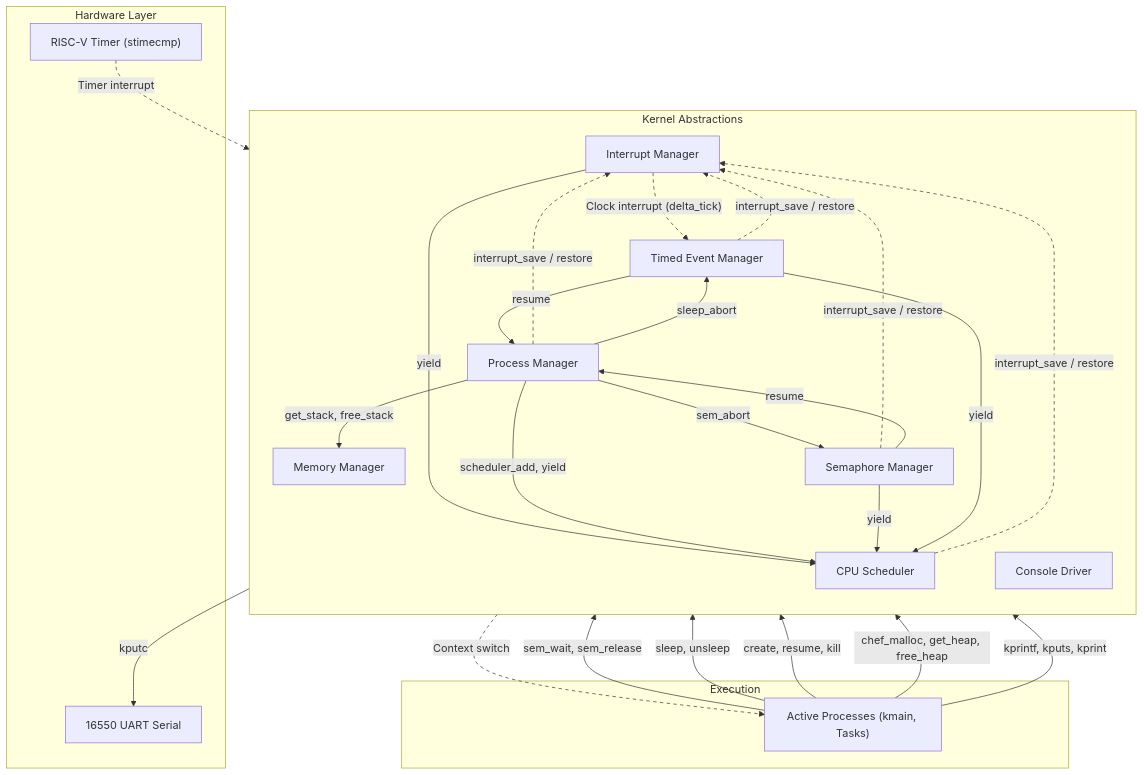
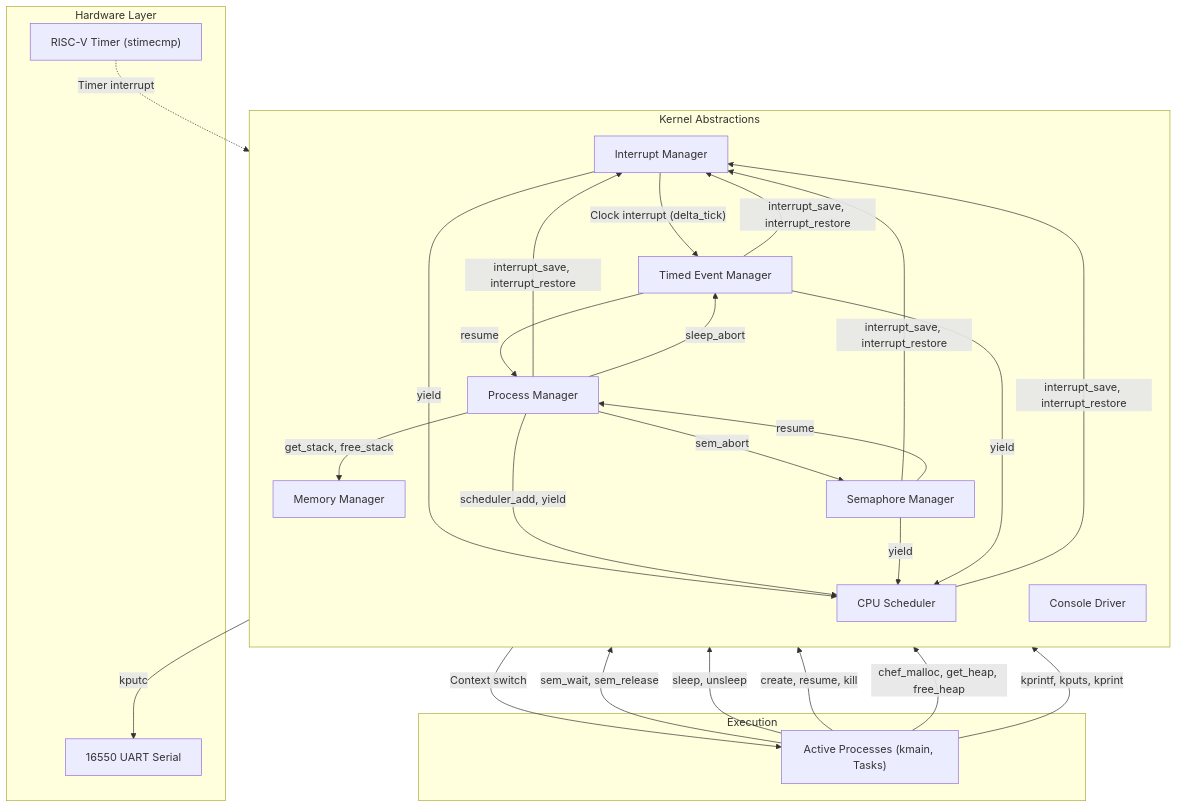
The diagram in README.md (AtesIsf/Rio), drawn with Mermaid before and after one commit.

Commit message:
fixed lines again

````diff
--- a/README.md
+++ b/README.md
@@ -173,59 +173,56 @@
 ```mermaid
 flowchart TD
     subgraph Hardware ["Hardware Layer"]
         HW_TIMER["RISC-V Timer (stimecmp)"]
         HW_UART["16550 UART Serial"]
     end
 
     subgraph Core ["Kernel Abstractions"]
         direction TB
         MEM["Memory Manager"]
         PROC["Process Manager"]
         INT["Interrupt Manager"]
         SCHED["CPU Scheduler"]
         SEM["Semaphore Manager"]
         TIMED["Timed Event Manager"]
         CONSOLE["Console Driver"]
     end
 
     subgraph Exec ["Execution"]
         TASKS["Active Processes (kmain, Tasks)"]
     end
 
     %% Preemption & Scheduling
     HW_TIMER -.->|"Timer interrupt"| INT
     INT -->|"yield"| SCHED
-    SCHED -.->|"Context switch"| TASKS
+    SCHED -->|"Context switch"| TASKS
 
     %% Concurrency & Critical Sections
-    SCHED -.->|"interrupt_save / restore"| INT
-    PROC -.->|"interrupt_save / restore"| INT
-    SEM -.->|"interrupt_save / restore"| INT
-    TIMED -.->|"interrupt_save / restore"| INT
+    SCHED -->|"interrupt_save, interrupt_restore"| INT
+    PROC -->|"interrupt_save, interrupt_restore"| INT
+    SEM -->|"interrupt_save, interrupt_restore"| INT
+    TIMED -->|"interrupt_save, interrupt_restore"| INT
 
     %% Process & Memory Interactions
     PROC -->|"get_stack, free_stack"| MEM
     PROC -->|"scheduler_add, yield"| SCHED
 
     %% Synchronization (Semaphores)
     TASKS -->|"sem_wait, sem_release"| SEM
     SEM -->|"resume"| PROC
     SEM -->|"yield"| SCHED
     PROC -->|"sem_abort"| SEM
 
     %% Timed Events & Sleep
     TASKS -->|"sleep, unsleep"| TIMED
-    INT -.->|"Clock interrupt (delta_tick)"| TIMED
+    INT -->|"Clock interrupt (delta_tick)"| TIMED
     TIMED -->|"resume"| PROC
     TIMED -->|"yield"| SCHED
     PROC -->|"sleep_abort"| TIMED
 
     %% Task Execution & I/O
     TASKS -->|"create, resume, kill"| PROC
     TASKS -->|"chef_malloc, get_heap, free_heap"| MEM
     TASKS -->|"kprintf, kputs, kprint"| CONSOLE
     CONSOLE -->|"kputc"| HW_UART
-
-    %% Style dotted links prominently
-    linkStyle 0,2,3,4,5,6,14 stroke-dasharray: 5 5;
 ```
````
